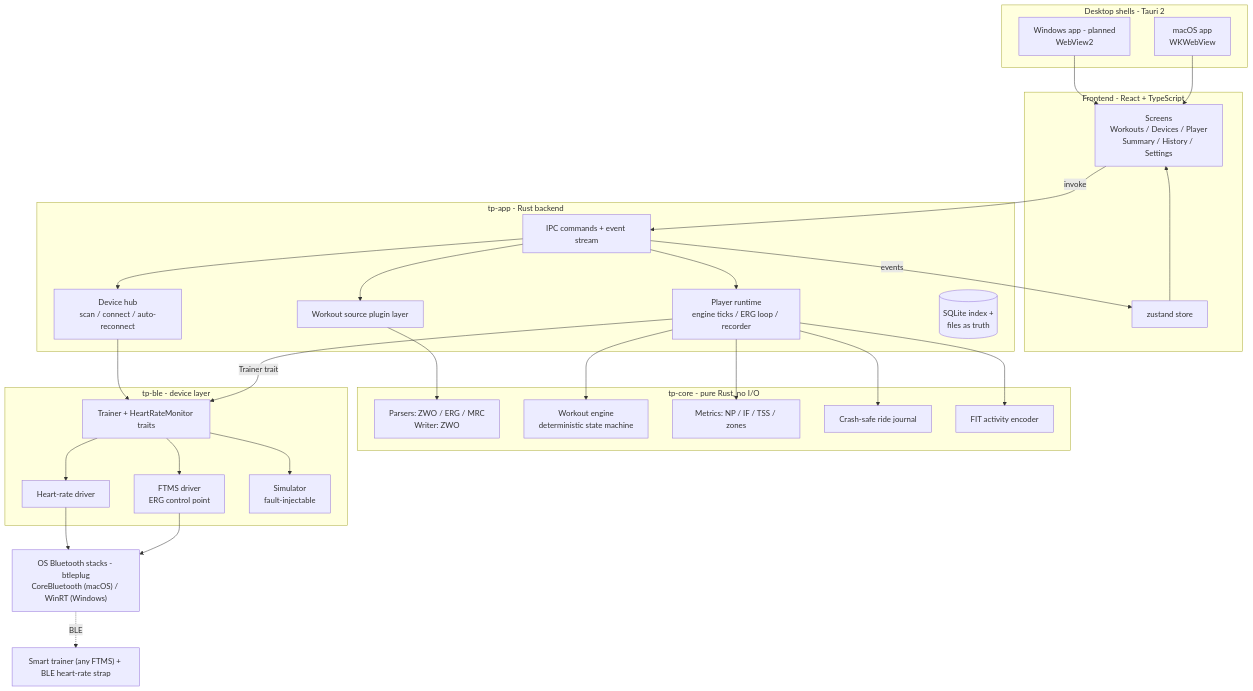
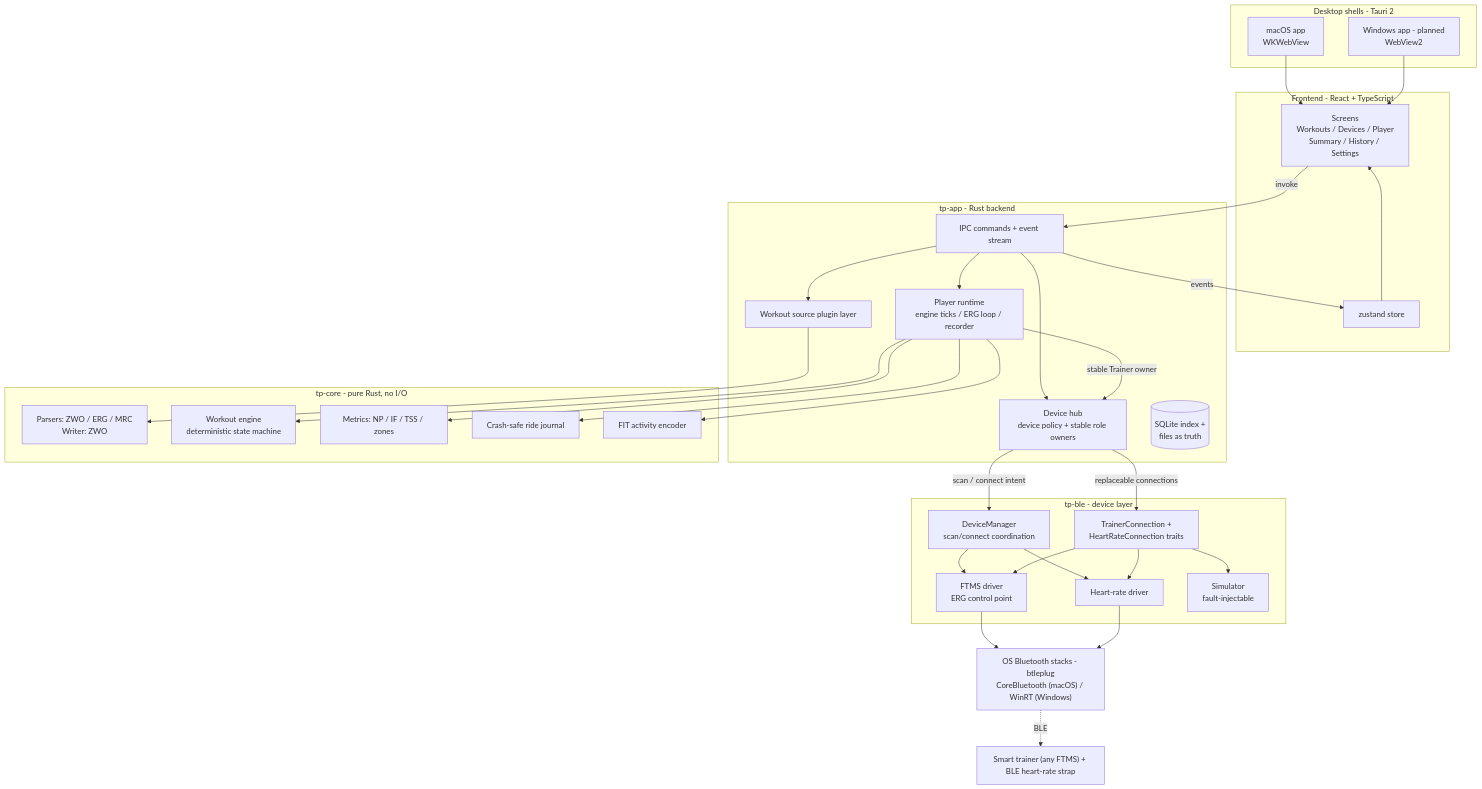
The diagram in README.md (sergioclemente/TrainerPro), drawn with Mermaid before and after one commit. The commit also changed other lines of this file and 27 other files, not shown here.

First line of the commit message:
refactor(ble): separate device owners from connections

````diff
--- a/README.md
+++ b/README.md
@@ -43,60 +43,64 @@
 ```mermaid
 flowchart TD
     subgraph SHELLS["Desktop shells - Tauri 2"]
         MAC["macOS app<br/>WKWebView"]
         WIN["Windows app - planned<br/>WebView2"]
     end
 
     subgraph FRONTEND["Frontend - React + TypeScript"]
         SCREENS["Screens<br/>Workouts / Devices / Player<br/>Summary / History / Settings"]
         STORE["zustand store"]
     end
 
     subgraph APP["tp-app - Rust backend"]
         IPC["IPC commands + event stream"]
         SOURCES["Workout source plugin layer"]
         RUNTIME["Player runtime<br/>engine ticks / ERG loop / recorder"]
-        HUB["Device hub<br/>scan / connect / auto-reconnect"]
+        HUB["Device hub<br/>device policy + stable role owners"]
         STORAGE[("SQLite index +<br/>files as truth")]
     end
 
     subgraph CORE["tp-core - pure Rust, no I/O"]
         PARSERS["Parsers: ZWO / ERG / MRC<br/>Writer: ZWO"]
         ENGINE["Workout engine<br/>deterministic state machine"]
         METRICS["Metrics: NP / IF / TSS / zones"]
         JOURNAL["Crash-safe ride journal"]
         FITENC["FIT activity encoder"]
     end
 
     subgraph BLE["tp-ble - device layer"]
-        TRAITS["Trainer + HeartRateMonitor traits"]
+        CENTRAL["DeviceManager<br/>scan/connect coordination"]
+        TRAITS["TrainerConnection +<br/>HeartRateConnection traits"]
         FTMS["FTMS driver<br/>ERG control point"]
         HRDRV["Heart-rate driver"]
         SIMU["Simulator<br/>fault-injectable"]
     end
 
     OSBLE["OS Bluetooth stacks - btleplug<br/>CoreBluetooth (macOS) / WinRT (Windows)"]
     DEVICES["Smart trainer (any FTMS) + BLE heart-rate strap"]
 
     MAC --> SCREENS
     WIN --> SCREENS
     STORE --> SCREENS
     SCREENS -->|invoke| IPC
     IPC -->|events| STORE
     IPC --> SOURCES
     IPC --> RUNTIME
     IPC --> HUB
     SOURCES --> PARSERS
     RUNTIME --> ENGINE
     RUNTIME --> JOURNAL
     RUNTIME --> METRICS
     RUNTIME --> FITENC
-    RUNTIME -->|Trainer trait| TRAITS
-    HUB --> TRAITS
+    RUNTIME -->|stable Trainer owner| HUB
+    HUB -->|scan / connect intent| CENTRAL
+    HUB -->|replaceable connections| TRAITS
+    CENTRAL --> FTMS
+    CENTRAL --> HRDRV
     TRAITS --> FTMS
     TRAITS --> HRDRV
     TRAITS --> SIMU
     FTMS --> OSBLE
     HRDRV --> OSBLE
     OSBLE -.->|BLE| DEVICES
 ```
````
